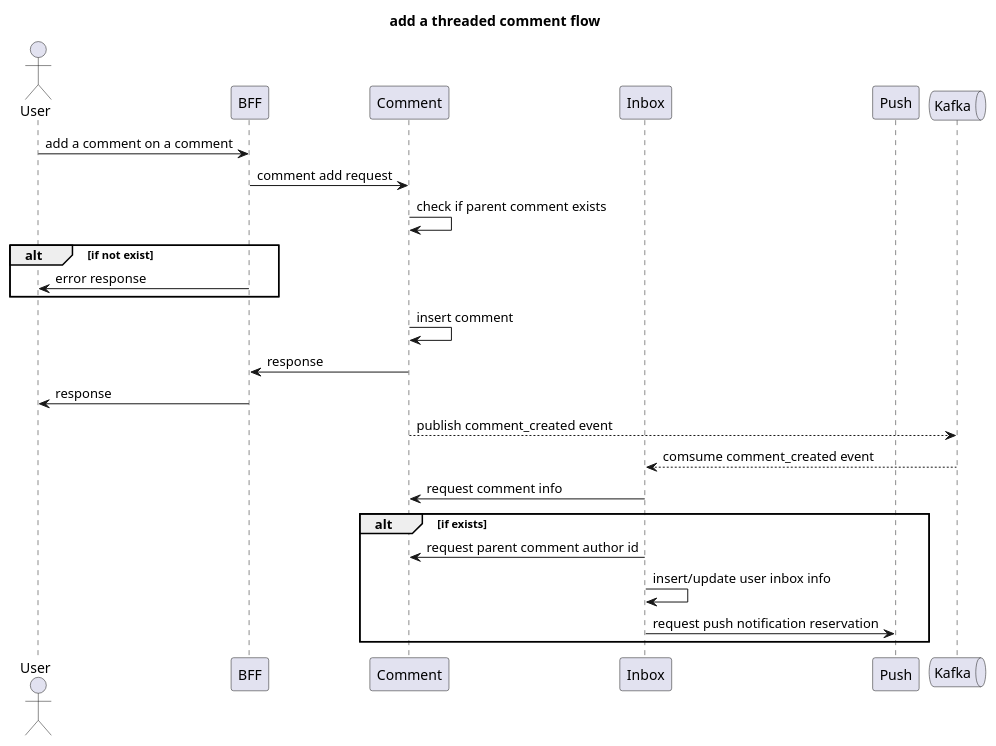
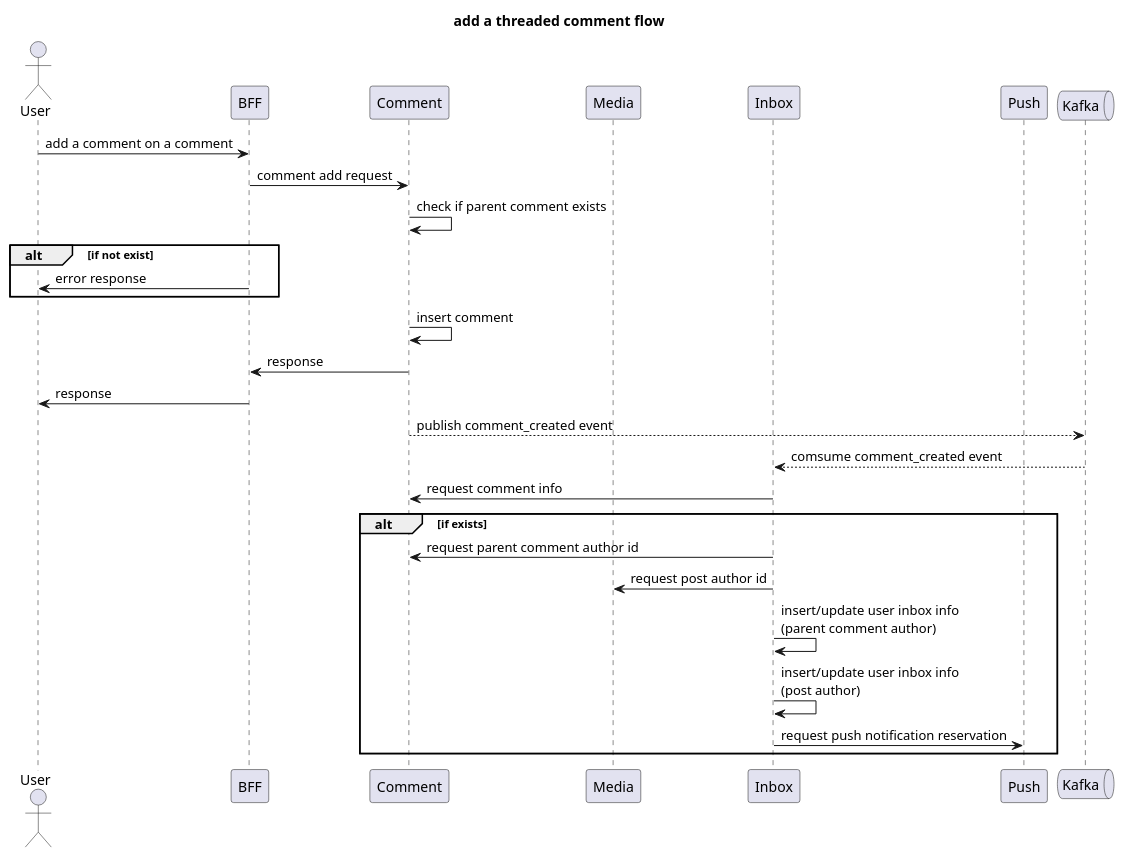
The diagram in uml/sequence/comment/add-comment-on-comment-flow.puml (sgc109/msa-spring-instagram), drawn with PlantUML before and after one commit. The commit also changed 2 other files, not shown here.

```diff
--- a/uml/sequence/comment/add-comment-on-comment-flow.puml
+++ b/uml/sequence/comment/add-comment-on-comment-flow.puml
@@ -1,28 +1,31 @@
 @startuml
 title "add a threaded comment flow"
 
 actor User as user
 participant BFF as bff
 participant Comment as comment
+participant Media as media
 participant Inbox as inbox
 participant Push as push
 queue Kafka as kafka
 
 user -> bff: add a comment on a comment
 bff -> comment: comment add request
 comment -> comment: check if parent comment exists
 alt if not exist
 user <- bff: error response
 end
 comment -> comment: insert comment
 bff <- comment: response
 user <- bff: response
 comment --> kafka: publish comment_created event
 kafka --> inbox: comsume comment_created event
 inbox -> comment: request comment info
 alt if exists
 inbox -> comment: request parent comment author id
-inbox -> inbox: insert/update user inbox info
+inbox -> media: request post author id
+inbox -> inbox: insert/update user inbox info\n(parent comment author)
+inbox -> inbox: insert/update user inbox info\n(post author)
 inbox -> push: request push notification reservation
 end
 @enduml
```
